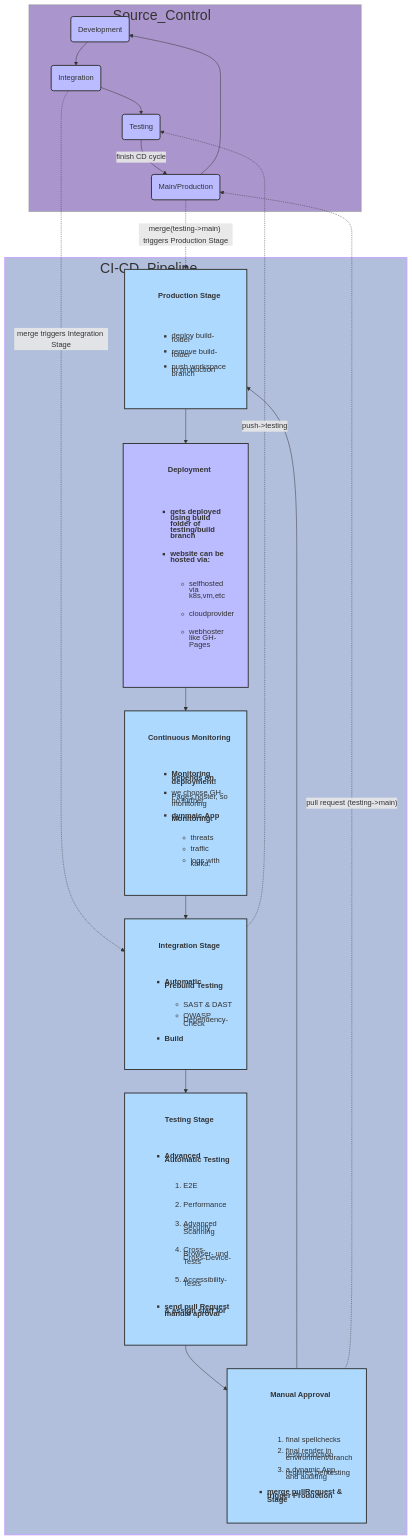
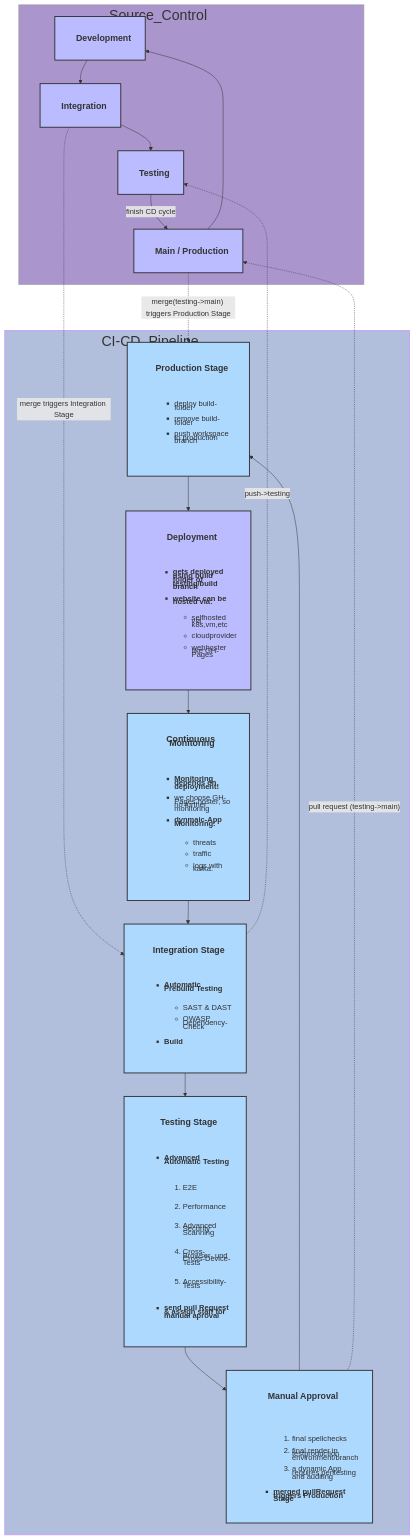
The diagram in README.md (ji-podhead/ji-podhead-blog), drawn with Mermaid before and after one commit.

```diff
--- a/README.md
+++ b/README.md
@@ -6,10 +6,27 @@
 graph TB
     subgraph "Source_Control"
 
-        D(Development)
-        I(Integration)
-        T(Testing)
-        M(Main/Production)
+        D[
+               <div style="text-align: center;margin-left: 15px; line-height: 0.5;">
+		<h3>Development</h3>
+</div>
+ ]
+        I[
+               <div style="text-align: center;margin-left: 15px; line-height: 0.5;">
+		<h3>Integration</h3>
+</div>
+]
+        T[
+               <div style="text-align: center;margin-left: 15px; line-height: 0.5;">
+		<h3>Testing</h3>
+</div>
+
+]
+        M[
+               <div style="text-align: center;margin-left: 15px; line-height: 0.5;">
+		<h3>Main / Production</h3>
+</div>
+]
     end
 
 classDef JP fill:#B1BEDC,stroke:#C7A1FF,stroke-width:2px,font-size:30px,text-align:left,margin-right: 450px,font-color:#C7A1FF;
@@ -19,7 +36,7 @@
 		
 	Integration[
 		<div style="text-align: center;margin-left: 15px; line-height: 0.5;">
-		<h4>Integration Stage</h4>
+		<h3>Integration Stage</h3>
 		<ul style="text-align: left;list-style: square; line-height: 0.5;">
 		<li><b>Automatic Prebuild Testing</b></li>
 		<ul>	
@@ -32,7 +49,7 @@
 	]
 	Testing[
 				<div style="text-align: center;margin-left: 15px; line-height: 0.5;">
-				<h4>Testing Stage</h4>
+				<h3>Testing Stage</h3>
 				<ul style="text-align: left;list-style: square; line-height: 0.5;">
 				<li><b>Advanced Automatic Testing</b></li>
 				<ol style="">
@@ -47,23 +64,22 @@
 				</div>
 	]
 	Manual_Approval[
-				<div style="text-align: center;margin-left: 15px; line-height: 0.5;">
-		<h4>Manual Approval</h4>
-				<ul style="text-align: left;list-style: square; line-height: 0.5;">
+               <div style="text-align: center;margin-left: 15px; line-height: 0.5;">
+		<h3>Manual Approval</h3>
+		<ul style="text-align: left;list-style: square; margin-left: 15px; line-height: 0.5;">	
 		<ol>
 		<li>final spellchecks</li>
 		<li>final render in testproduction environment/branch</li>
 		<li>a dynamic App requires pentesting and auditing</li>
 		</ol>
-<li><b>merge pullRequest & trigger Production Stage</b></li>
+<li><b>merged pullRequest triggers Production Stage</b></li>
 </ul>
 </div>
 			
 ] 
         Production[
-				<div style="text-align: center;margin-left: 15px; line-height: 0.5;">
-		<h4>Production Stage</h4>
-		
+               <div style="text-align: center;margin-left: 15px; line-height: 0.5;">
+		<h3>Production Stage</h3>
 		<ul style="text-align: left;list-style: square; margin-left: 15px; line-height: 0.5;">	
 		<li>deploy build-folder</li>
 		<li>remove build-folder</li>
@@ -74,8 +90,8 @@
 		]
 	GH[
                <div style="text-align: center;margin-left: 15px; line-height: 0.5;">
-		<h4>Deployment</h4>
-		<ul style="text-align: left;list-style: square; margin-left: 15px; line-height: 0.8;">	
+		<h3>Deployment</h3>
+		<ul style="text-align: left;list-style: square; margin-left: 15px; line-height: 0.5;">	
 		<li><b>gets deployed using build folder of testing/build branch</b></li>
 		<li><b>website can be hosted via:</b></li>
 		<ul>
@@ -88,7 +104,7 @@
   	]
 	Monitoring[
 				<div style="text-align: center;margin-left: 15px; line-height: 0.5;">
-		<h4>Continuous Monitoring</h4>
+		<h3>Continuous Monitoring</h3>
 		<ul style="text-align: left;list-style: square; margin-left: 15px; line-height: 0.5;">	
 		<li><b>Monitoring depends on deployment!</b></li>
 		<li>we choose GH-Pages hoster, so no further monitoring</li>
```
